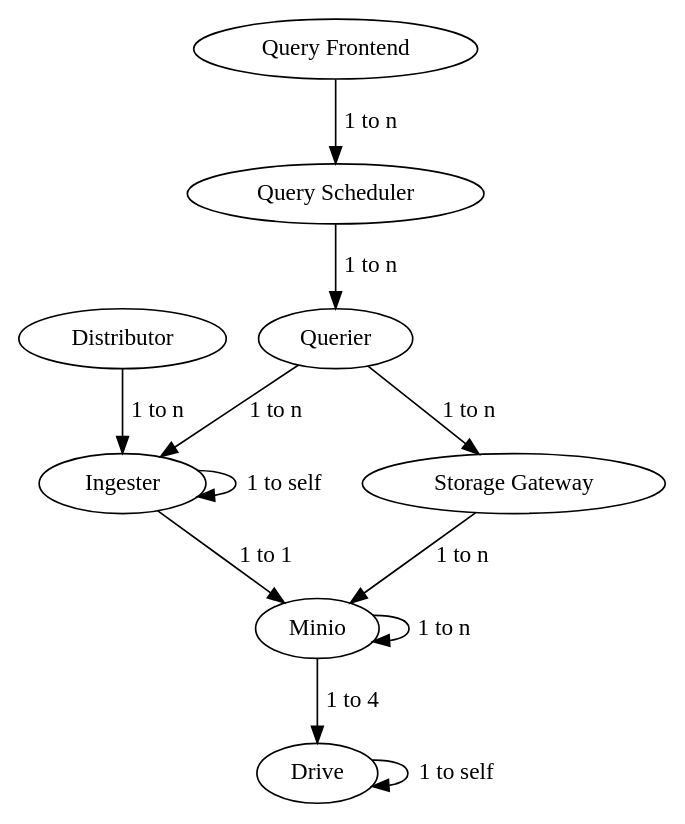
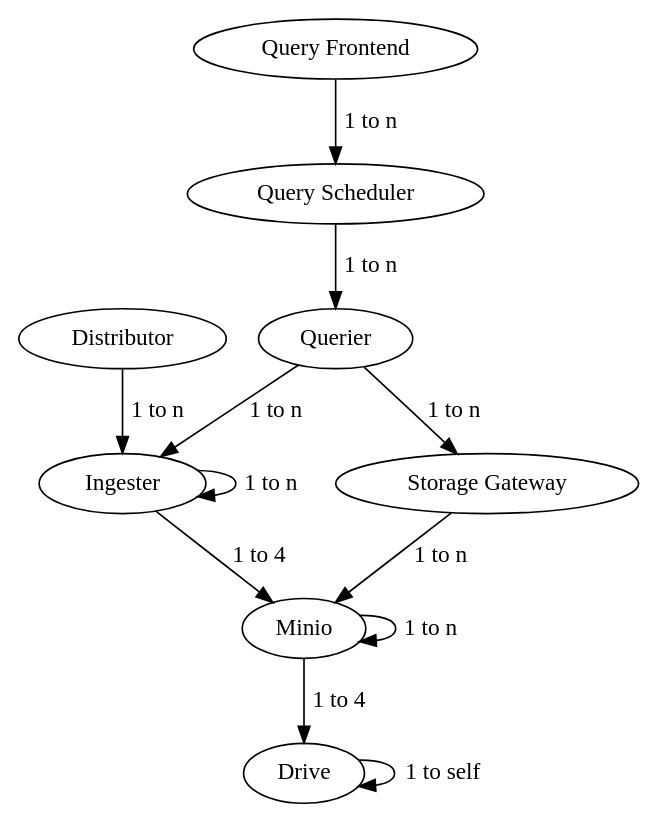
Before and after one commit to ChrisSteinbach/kauffman: the diagram in examples/plg.dot, drawn with Graphviz. The commit also changed 1 other file, not shown here.

Commit message:
Update plg graph

```diff
--- a/examples/plg.dot
+++ b/examples/plg.dot
@@ -1,25 +1,25 @@
 digraph RBN {
     D [label="Distributor", func="one", instances=4];
     I [label="Ingester", func="50%(Ingester) & one(Minio)", health_perc="0.5", instances=4];
 
     D -> I [label="1 to n"];
 
     QF [label="Query Frontend", func="one", instances=4];
     QS [label="Query Scheduler", func="one", instances=4];
     Q [label="Querier", func="one(Storage Gateway) | one(Ingester)", instances=4];
     SG [label="Storage Gateway", func="one", instances=4];
 
     MIO [label="Minio", func="75%(Minio) & 25%(Drive)", instances=4];
     DRV [label="Drive", func="copy", instances=16];
 
     MIO -> MIO [label="1 to n"];
     MIO -> DRV [label="1 to 4"];
 
-    I -> MIO [label="1 to 1"];
-    I -> I [label="1 to self"];
+    I -> MIO [label="1 to 4"];
+    I -> I [label="1 to n"];
     QF -> QS -> Q [label="1 to n"];
     Q -> SG [label="1 to n"];
     SG -> MIO [label="1 to n"];
     Q -> I [label="1 to n"]; 
     DRV -> DRV [label="1 to self"];
 }
```
